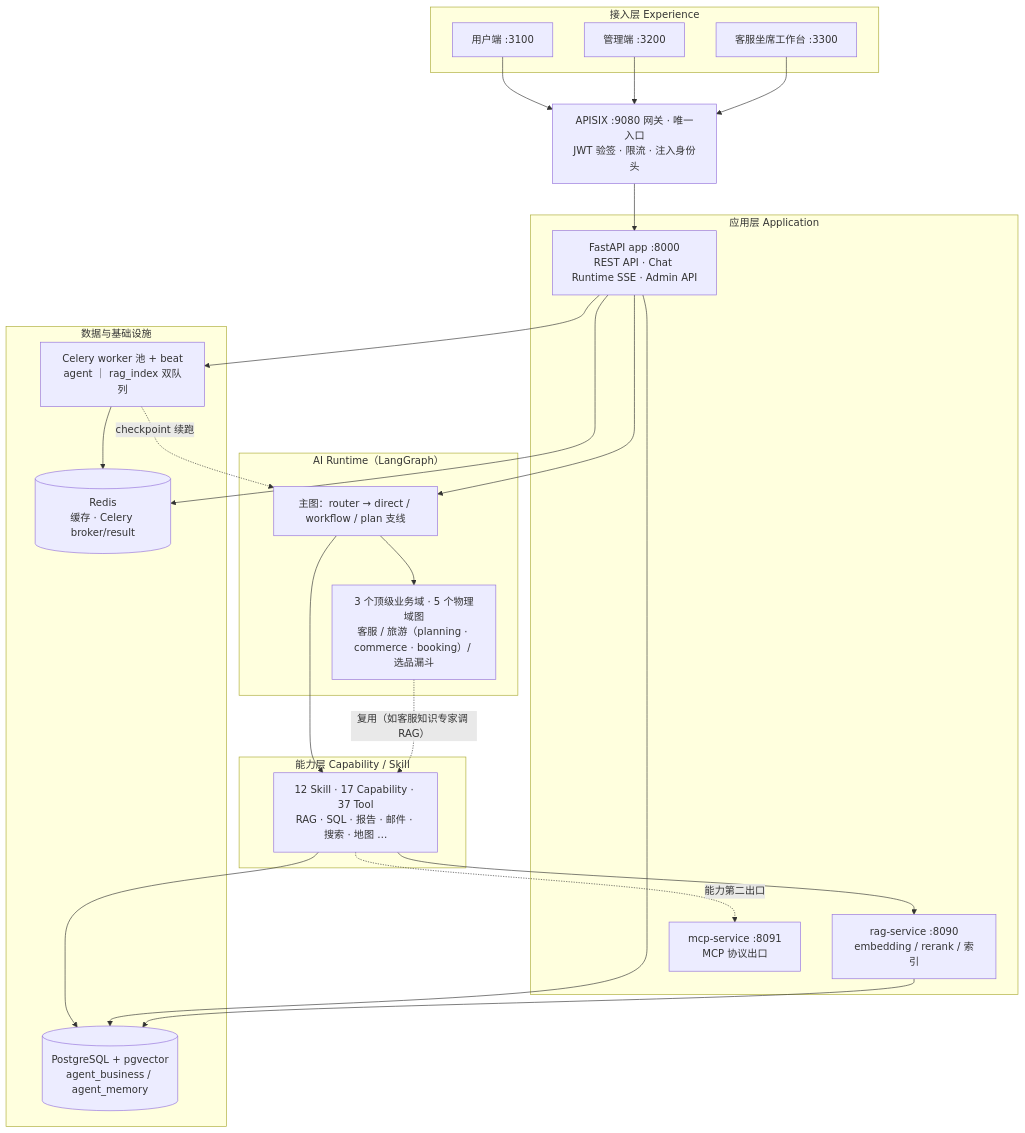
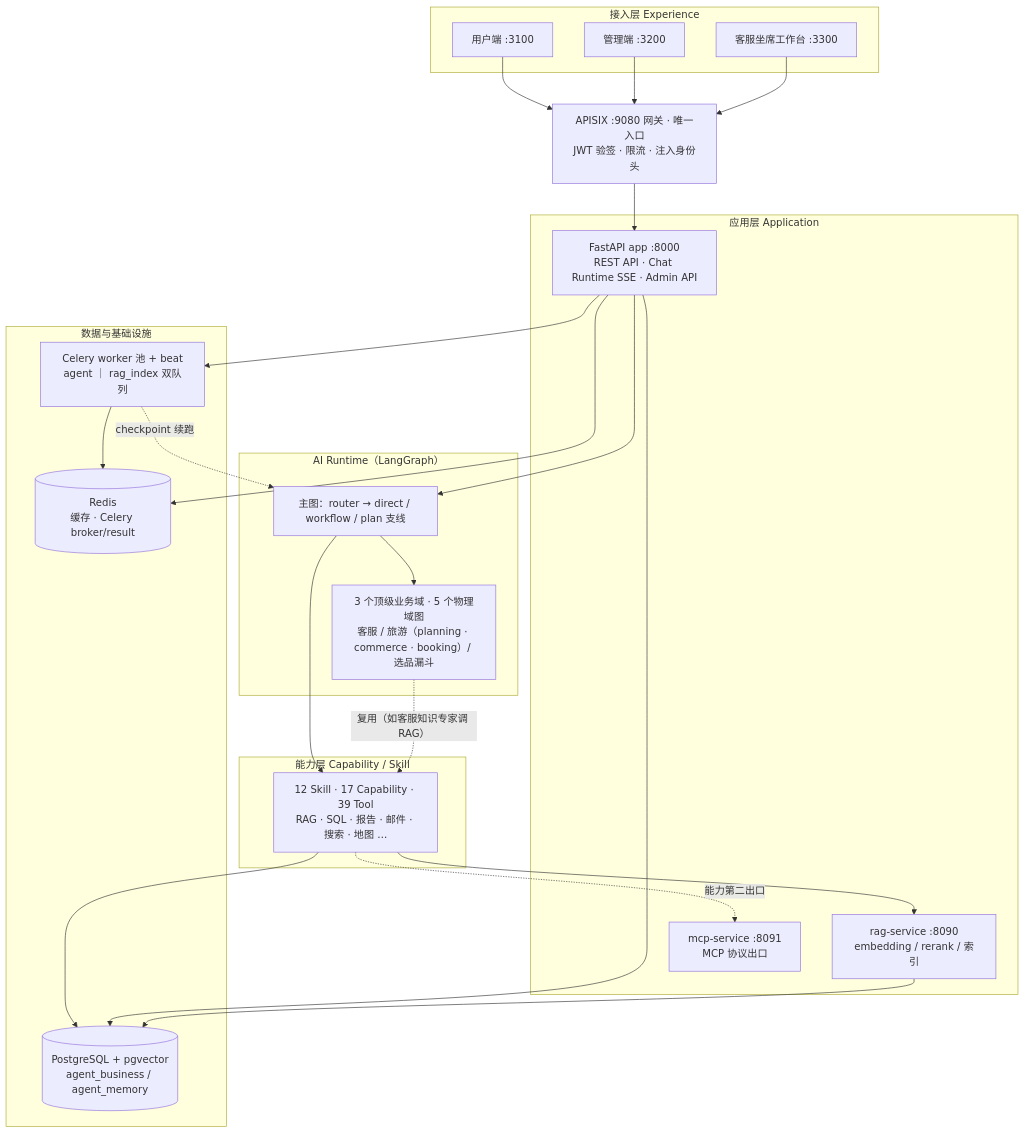
One commit to Jayus-07/agent changed the first of 3 diagrams in README.md. Above: the diagram before and after it, drawn with Mermaid. The commit also changed other lines of this file and 286 other files, not shown here.

````diff
--- a/README.md
+++ b/README.md
@@ -21,49 +21,49 @@
 ```mermaid
 flowchart TB
     subgraph EXP["接入层 Experience"]
         WEB["用户端 :3100"]
         ADM["管理端 :3200"]
         CSW["客服坐席工作台 :3300"]
     end
 
     GW["APISIX :9080 网关 · 唯一入口<br/>JWT 验签 · 限流 · 注入身份头"]
 
     subgraph APPL["应用层 Application"]
         APP["FastAPI app :8000<br/>REST API · Chat Runtime SSE · Admin API"]
         RAGS["rag-service :8090<br/>embedding / rerank / 索引"]
         MCPS["mcp-service :8091<br/>MCP 协议出口"]
     end
 
     subgraph AIRT["AI Runtime（LangGraph）"]
         MAIN["主图：router → direct / workflow / plan 支线"]
         DOM["3 个顶级业务域 · 5 个物理域图<br/>客服 / 旅游（planning · commerce · booking）/ 选品漏斗"]
     end
 
     subgraph CAPL["能力层 Capability / Skill"]
-        SK["12 Skill · 17 Capability · 37 Tool<br/>RAG · SQL · 报告 · 邮件 · 搜索 · 地图 …"]
+        SK["12 Skill · 17 Capability · 39 Tool<br/>RAG · SQL · 报告 · 邮件 · 搜索 · 地图 …"]
     end
 
     subgraph INFRA["数据与基础设施"]
         PG[("PostgreSQL + pgvector<br/>agent_business / agent_memory")]
         RD[("Redis<br/>缓存 · Celery broker/result")]
         CEL["Celery worker 池 + beat<br/>agent ｜ rag_index 双队列"]
     end
 
     WEB --> GW
     ADM --> GW
     CSW --> GW
     GW --> APP
     APP --> MAIN
     MAIN --> DOM
     MAIN --> SK
     DOM -.->|"复用（如客服知识专家调 RAG）"| SK
     SK --> RAGS
     SK --> PG
     APP --> CEL
     APP --> PG
     APP --> RD
     CEL --> RD
     RAGS --> PG
     SK -.->|"能力第二出口"| MCPS
     CEL -.->|"checkpoint 续跑"| MAIN
 ```
````
